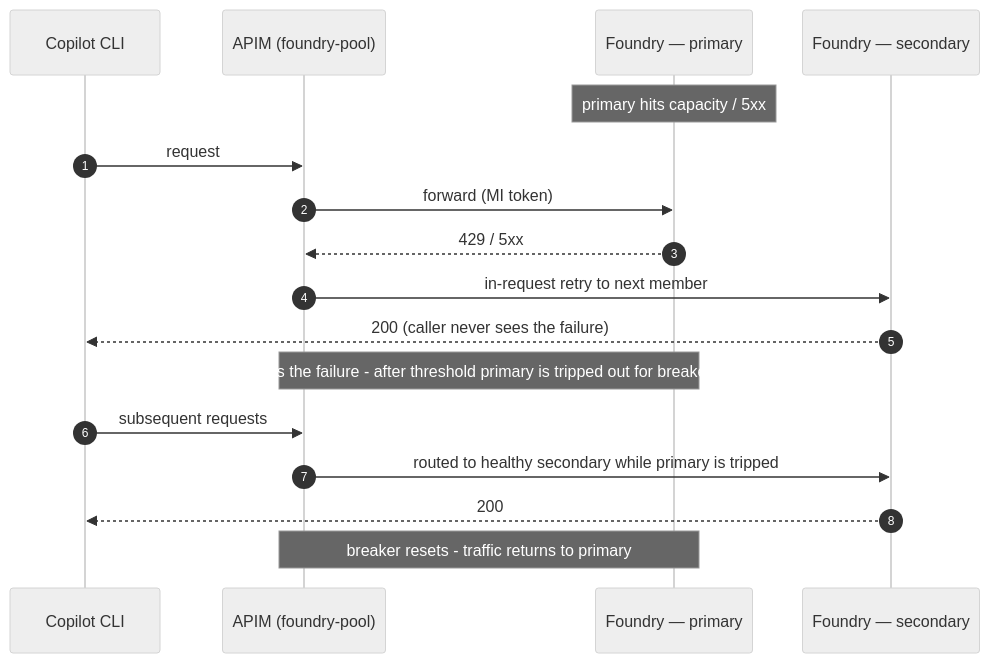
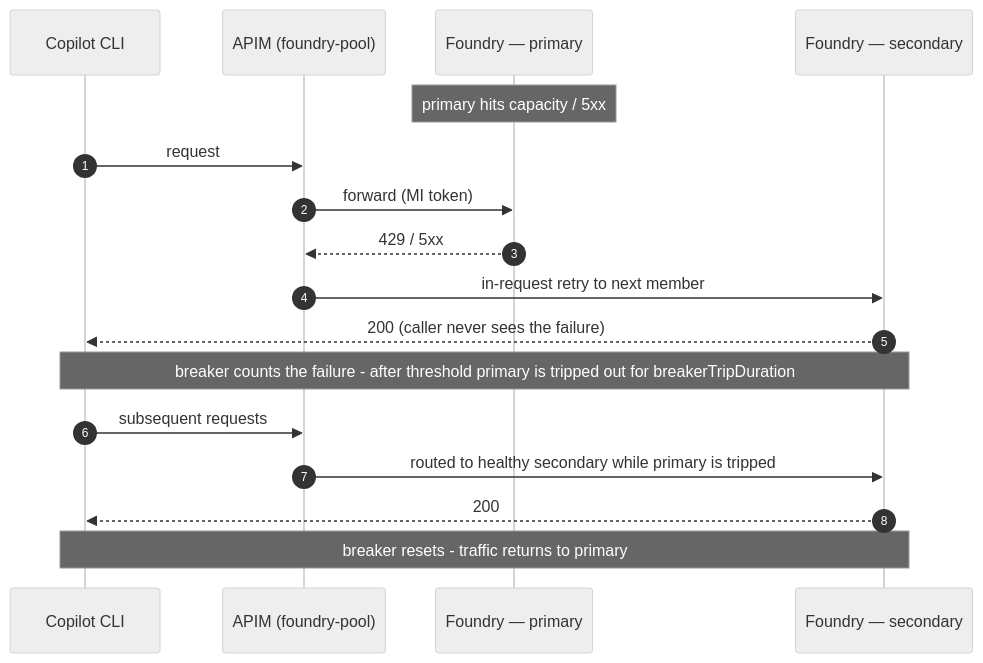
One commit to gwexler-msft/copilot-cli-byok-azure changed the tenth of 15 diagrams in docs/architecture.md. Above: the diagram before and after it, drawn with Mermaid (neutral theme).

Commit message:
docs: widen breaker note spans in the multi-region DR sequence diagram
Both breaker Notes in the foundry-pool failover diagram now span the full

width (Dev,R2) instead of APIM,R1, so the note text fits inside the box

without overflowing.

````diff
--- a/docs/architecture.md
+++ b/docs/architecture.md
@@ -616,20 +616,20 @@
 ```mermaid
 sequenceDiagram
     autonumber
     participant Dev as Copilot CLI
     participant APIM as APIM (foundry-pool)
     participant R1 as Foundry — primary
     participant R2 as Foundry — secondary
 
     Note over R1: primary hits capacity / 5xx
     Dev->>APIM: request
     APIM->>R1: forward (MI token)
     R1-->>APIM: 429 / 5xx
     APIM->>R2: in-request retry to next member
     R2-->>Dev: 200 (caller never sees the failure)
-    Note over APIM,R1: breaker counts the failure - after threshold primary is tripped out for breakerTripDuration
+    Note over Dev,R2: breaker counts the failure - after threshold primary is tripped out for breakerTripDuration
     Dev->>APIM: subsequent requests
     APIM->>R2: routed to healthy secondary while primary is tripped
     R2-->>Dev: 200
-    Note over APIM,R1: breaker resets - traffic returns to primary
+    Note over Dev,R2: breaker resets - traffic returns to primary
 ```
````
